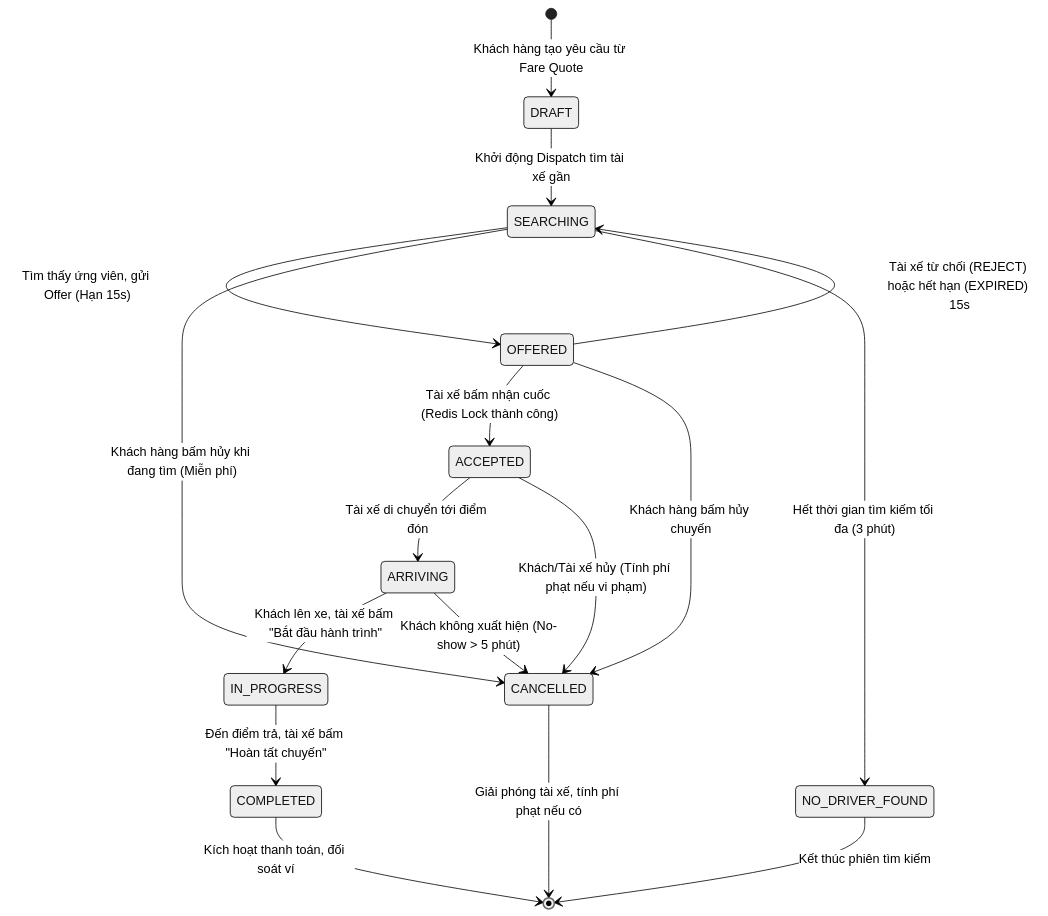
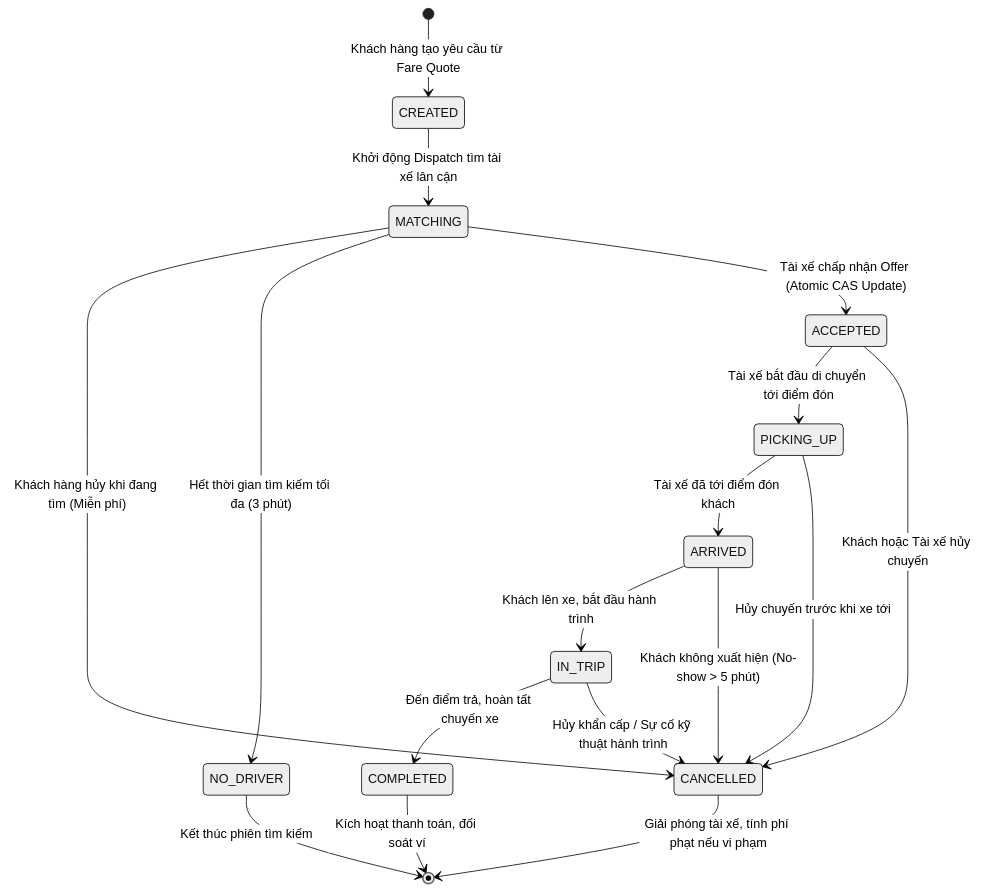
One commit to anvvhe190784/Ride_Hailing_Logistics changed the eighth of 8 diagrams in docs/PROJECT_ARCHITECTURE_AND_DIAGRAMS.md. Above: the diagram before and after it, drawn with Mermaid (neutral theme). The commit also changed other lines of this file and 61 other files, not shown here.

First line of the commit message:
fix: reconcile SQL schemas, resolve cross-db joins, and secure auth/payment lifecycle

````diff
--- a/docs/PROJECT_ARCHITECTURE_AND_DIAGRAMS.md
+++ b/docs/PROJECT_ARCHITECTURE_AND_DIAGRAMS.md
@@ -532,19 +554,19 @@
 ```mermaid
 stateDiagram-v2
-    [*] --> DRAFT: Khách hàng tạo yêu cầu từ Fare Quote
-    DRAFT --> SEARCHING: Khởi động Dispatch tìm tài xế gần
-    SEARCHING --> OFFERED: Tìm thấy ứng viên, gửi Offer (Hạn 15s)
-    SEARCHING --> CANCELLED: Khách hàng bấm hủy khi đang tìm (Miễn phí)
-    SEARCHING --> NO_DRIVER_FOUND: Hết thời gian tìm kiếm tối đa (3 phút)
-    OFFERED --> ACCEPTED: Tài xế bấm nhận cuốc (Redis Lock thành công)
-    OFFERED --> SEARCHING: Tài xế từ chối (REJECT) hoặc hết hạn (EXPIRED) 15s
-    OFFERED --> CANCELLED: Khách hàng bấm hủy chuyến
-    ACCEPTED --> ARRIVING: Tài xế di chuyển tới điểm đón
-    ACCEPTED --> CANCELLED: Khách/Tài xế hủy (Tính phí phạt nếu vi phạm)
-    ARRIVING --> IN_PROGRESS: Khách lên xe, tài xế bấm "Bắt đầu hành trình"
-    ARRIVING --> CANCELLED: Khách không xuất hiện (No-show > 5 phút)
-    IN_PROGRESS --> COMPLETED: Đến điểm trả, tài xế bấm "Hoàn tất chuyến"
+    [*] --> CREATED: Khách hàng tạo yêu cầu từ Fare Quote
+    CREATED --> MATCHING: Khởi động Dispatch tìm tài xế lân cận
+    MATCHING --> CANCELLED: Khách hàng hủy khi đang tìm (Miễn phí)
+    MATCHING --> NO_DRIVER: Hết thời gian tìm kiếm tối đa (3 phút)
+    MATCHING --> ACCEPTED: Tài xế chấp nhận Offer (Atomic CAS Update)
+    ACCEPTED --> PICKING_UP: Tài xế bắt đầu di chuyển tới điểm đón
+    ACCEPTED --> CANCELLED: Khách hoặc Tài xế hủy chuyến
+    PICKING_UP --> ARRIVED: Tài xế đã tới điểm đón khách
+    PICKING_UP --> CANCELLED: Hủy chuyến trước khi xe tới
+    ARRIVED --> IN_TRIP: Khách lên xe, bắt đầu hành trình
+    ARRIVED --> CANCELLED: Khách không xuất hiện (No-show > 5 phút)
+    IN_TRIP --> COMPLETED: Đến điểm trả, hoàn tất chuyến xe
+    IN_TRIP --> CANCELLED: Hủy khẩn cấp / Sự cố kỹ thuật hành trình
     COMPLETED --> [*]: Kích hoạt thanh toán, đối soát ví
-    CANCELLED --> [*]: Giải phóng tài xế, tính phí phạt nếu có
-    NO_DRIVER_FOUND --> [*]: Kết thúc phiên tìm kiếm
+    CANCELLED --> [*]: Giải phóng tài xế, tính phí phạt nếu vi phạm
+    NO_DRIVER --> [*]: Kết thúc phiên tìm kiếm
 ```
````
